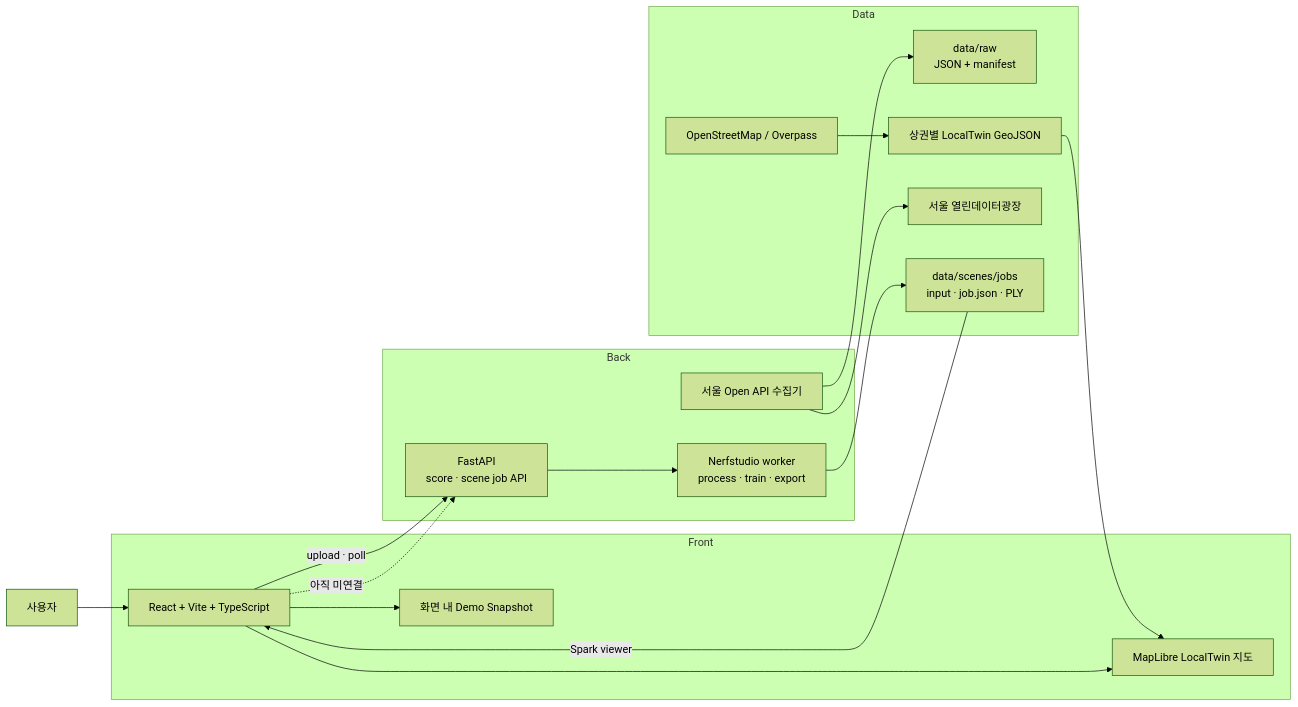
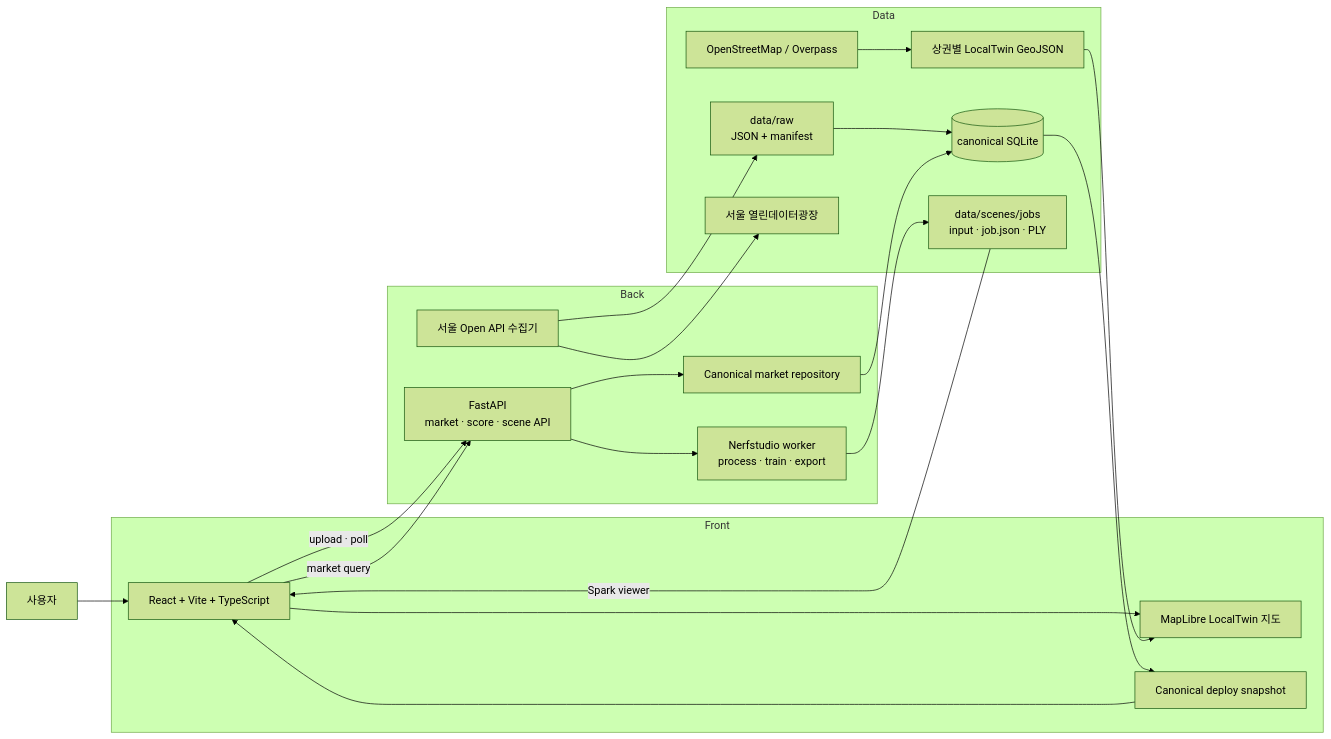
One commit to Mureung1/hub-showcase changed the first of 2 diagrams in docs/development/architecture.md. Above: the diagram before and after it, drawn with Mermaid (forest theme). The commit also changed other lines of this file and 2 other files, not shown here.

First line of the commit message:
docs(analysis): trace the canonical data path

````diff
--- a/docs/development/architecture.md
+++ b/docs/development/architecture.md
@@ -18,36 +18,40 @@
 ```mermaid
 flowchart LR
   user["사용자"]
 
   subgraph front["Front"]
     web["React + Vite + TypeScript"]
     map["MapLibre LocalTwin 지도"]
-    demo["화면 내 Demo Snapshot"]
+    fallback["Canonical deploy snapshot"]
   end
 
   subgraph back["Back"]
-    api["FastAPI\nscore · scene job API"]
+    api["FastAPI\nmarket · score · scene API"]
+    marketRepo["Canonical market repository"]
     collector["서울 Open API 수집기"]
     sceneWorker["Nerfstudio worker\nprocess · train · export"]
   end
 
   subgraph data["Data"]
     raw["data/raw\nJSON + manifest"]
+    db[("canonical SQLite")]
     osm["OpenStreetMap / Overpass"]
     mapdata["상권별 LocalTwin GeoJSON"]
     seoul["서울 열린데이터광장"]
     sceneJobs["data/scenes/jobs\ninput · job.json · PLY"]
   end
 
   user --> web
   web --> map
-  web --> demo
+  db --> fallback --> web
   osm --> mapdata --> map
-  web -. "아직 미연결" .-> api
   collector --> seoul
   collector --> raw
   web -->|"upload · poll"| api
+  web -->|"market query"| api
+  raw --> db
+  api --> marketRepo --> db
   api --> sceneWorker
   sceneWorker --> sceneJobs
   sceneJobs -->|"Spark viewer"| web
 ```
````
